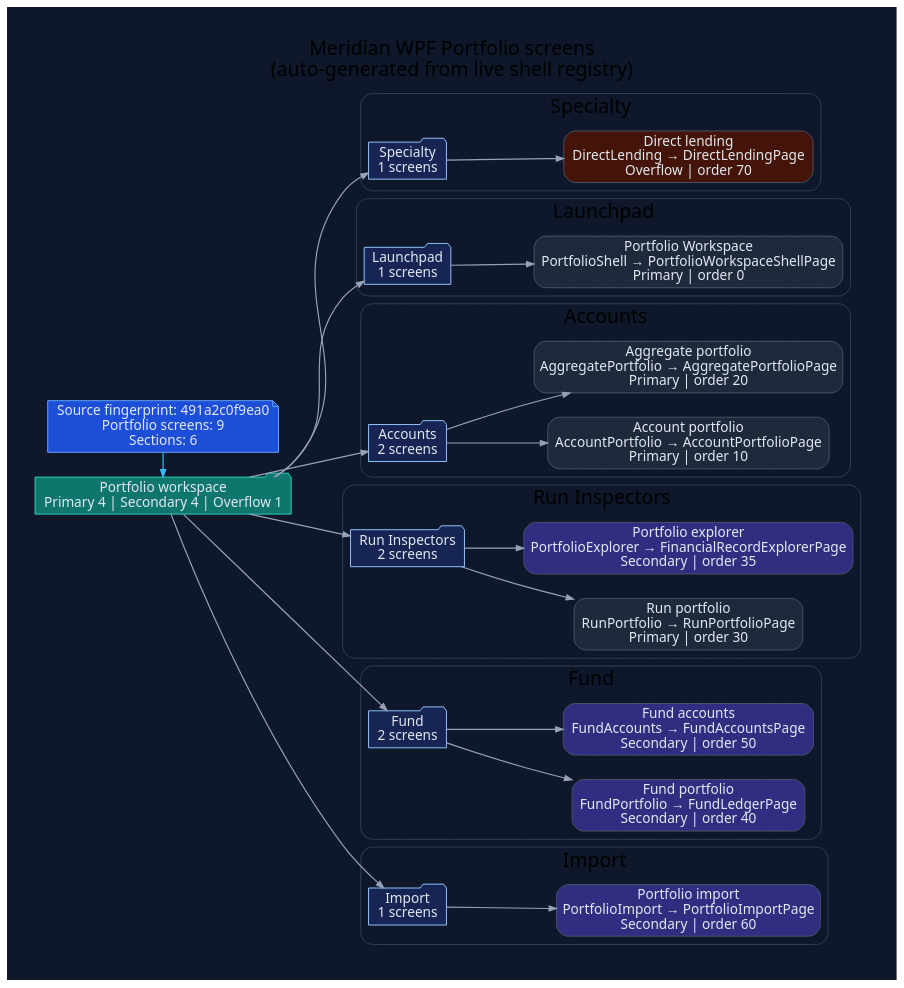
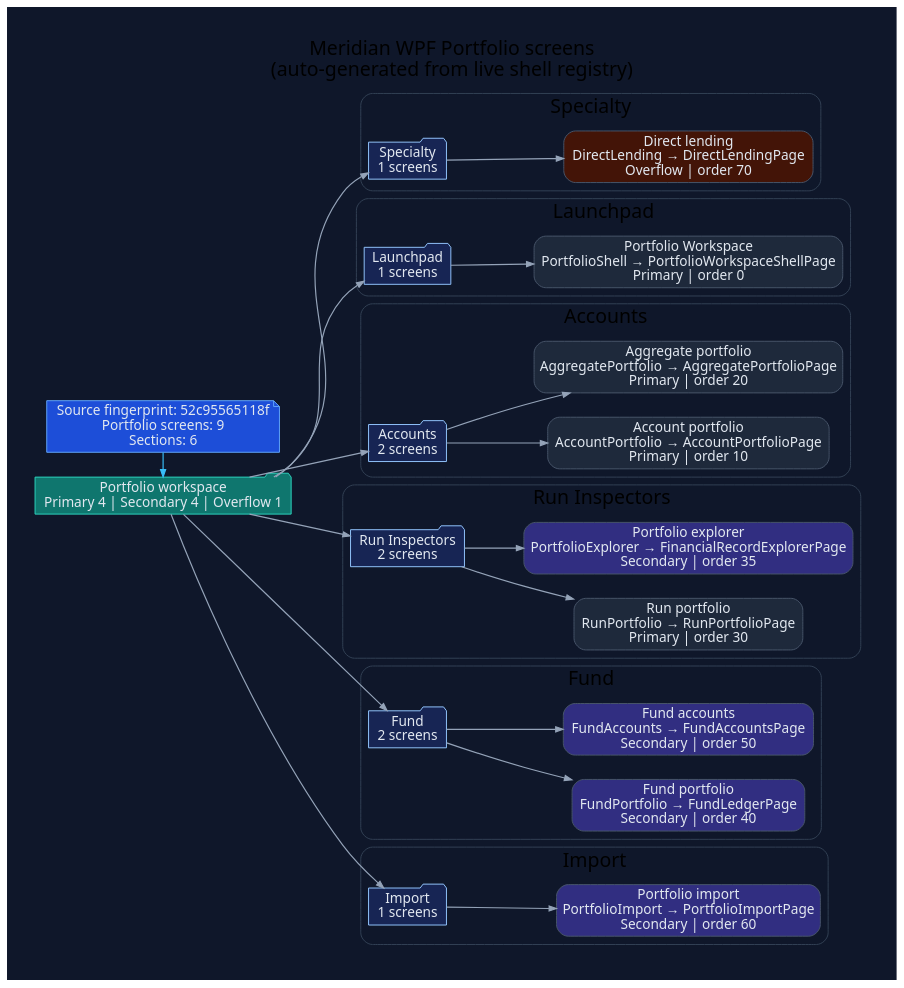
The diagram in docs/diagrams/ui-wpf-screens-portfolio.dot (rodoHasArrived/Meridian-main), drawn with Graphviz before and after one commit. The commit also changed 197 other files, not shown here.

```diff
--- a/docs/diagrams/ui-wpf-screens-portfolio.dot
+++ b/docs/diagrams/ui-wpf-screens-portfolio.dot
@@ -1,92 +1,92 @@
 // -----------------------------------------------------------------------------
 // <auto-generated>
 // Generated by scripts/generate-diagrams.mjs.
 // Do not edit this file directly; update the WPF source files instead.
 // -----------------------------------------------------------------------------
 digraph WpfPortfolioScreens {
   graph [
     rankdir=LR,
     labelloc=t,
     label="Meridian WPF Portfolio screens\n(auto-generated from live shell registry)",
     fontname="Segoe UI",
     fontsize=20,
     pad=0.4,
     nodesep=0.35,
     ranksep=0.85,
     bgcolor="#0f172a"
   ];
   node [fontname="Segoe UI", shape=box, style="rounded,filled", color="#475569", fontcolor="#e2e8f0", fillcolor="#1e293b"];
   edge [fontname="Segoe UI", color="#94a3b8", penwidth=1.2, arrowsize=0.75];
 
-  generated [shape=note, fillcolor="#1d4ed8", color="#60a5fa", label="Source fingerprint: 491a2c0f9ea0\nPortfolio screens: 9\nSections: 6"];
+  generated [shape=note, fillcolor="#1d4ed8", color="#60a5fa", label="Source fingerprint: 52c95565118f\nPortfolio screens: 9\nSections: 6"];
   workspace [shape=folder, fillcolor="#0f766e", color="#2dd4bf", label="Portfolio workspace\nPrimary 4 | Secondary 4 | Overflow 1"];
   generated -> workspace [color="#38bdf8"];
 
   subgraph cluster_section_1 {
     label="Specialty";
     color="#334155";
     style="rounded";
     section_1 [shape=folder, fillcolor="#172554", color="#93c5fd", label="Specialty\n1 screens"];
     workspace -> section_1;
     screen_DirectLending [fillcolor="#431407", label="Direct lending\nDirectLending → DirectLendingPage\nOverflow | order 70"];
     section_1 -> screen_DirectLending;
   }
 
   subgraph cluster_section_2 {
     label="Launchpad";
     color="#334155";
     style="rounded";
     section_2 [shape=folder, fillcolor="#172554", color="#93c5fd", label="Launchpad\n1 screens"];
     workspace -> section_2;
     screen_PortfolioShell [fillcolor="#1e293b", label="Portfolio Workspace\nPortfolioShell → PortfolioWorkspaceShellPage\nPrimary | order 0"];
     section_2 -> screen_PortfolioShell;
   }
 
   subgraph cluster_section_3 {
     label="Accounts";
     color="#334155";
     style="rounded";
     section_3 [shape=folder, fillcolor="#172554", color="#93c5fd", label="Accounts\n2 screens"];
     workspace -> section_3;
     screen_AccountPortfolio [fillcolor="#1e293b", label="Account portfolio\nAccountPortfolio → AccountPortfolioPage\nPrimary | order 10"];
     section_3 -> screen_AccountPortfolio;
     screen_AggregatePortfolio [fillcolor="#1e293b", label="Aggregate portfolio\nAggregatePortfolio → AggregatePortfolioPage\nPrimary | order 20"];
     section_3 -> screen_AggregatePortfolio;
   }
 
   subgraph cluster_section_4 {
     label="Run Inspectors";
     color="#334155";
     style="rounded";
     section_4 [shape=folder, fillcolor="#172554", color="#93c5fd", label="Run Inspectors\n2 screens"];
     workspace -> section_4;
     screen_RunPortfolio [fillcolor="#1e293b", label="Run portfolio\nRunPortfolio → RunPortfolioPage\nPrimary | order 30"];
     section_4 -> screen_RunPortfolio;
     screen_PortfolioExplorer [fillcolor="#312e81", label="Portfolio explorer\nPortfolioExplorer → FinancialRecordExplorerPage\nSecondary | order 35"];
     section_4 -> screen_PortfolioExplorer;
   }
 
   subgraph cluster_section_5 {
     label="Fund";
     color="#334155";
     style="rounded";
     section_5 [shape=folder, fillcolor="#172554", color="#93c5fd", label="Fund\n2 screens"];
     workspace -> section_5;
     screen_FundPortfolio [fillcolor="#312e81", label="Fund portfolio\nFundPortfolio → FundLedgerPage\nSecondary | order 40"];
     section_5 -> screen_FundPortfolio;
     screen_FundAccounts [fillcolor="#312e81", label="Fund accounts\nFundAccounts → FundAccountsPage\nSecondary | order 50"];
     section_5 -> screen_FundAccounts;
   }
 
   subgraph cluster_section_6 {
     label="Import";
     color="#334155";
     style="rounded";
     section_6 [shape=folder, fillcolor="#172554", color="#93c5fd", label="Import\n1 screens"];
     workspace -> section_6;
     screen_PortfolioImport [fillcolor="#312e81", label="Portfolio import\nPortfolioImport → PortfolioImportPage\nSecondary | order 60"];
     section_6 -> screen_PortfolioImport;
   }
 
   { rank=min; generated; workspace; }
 }
```
